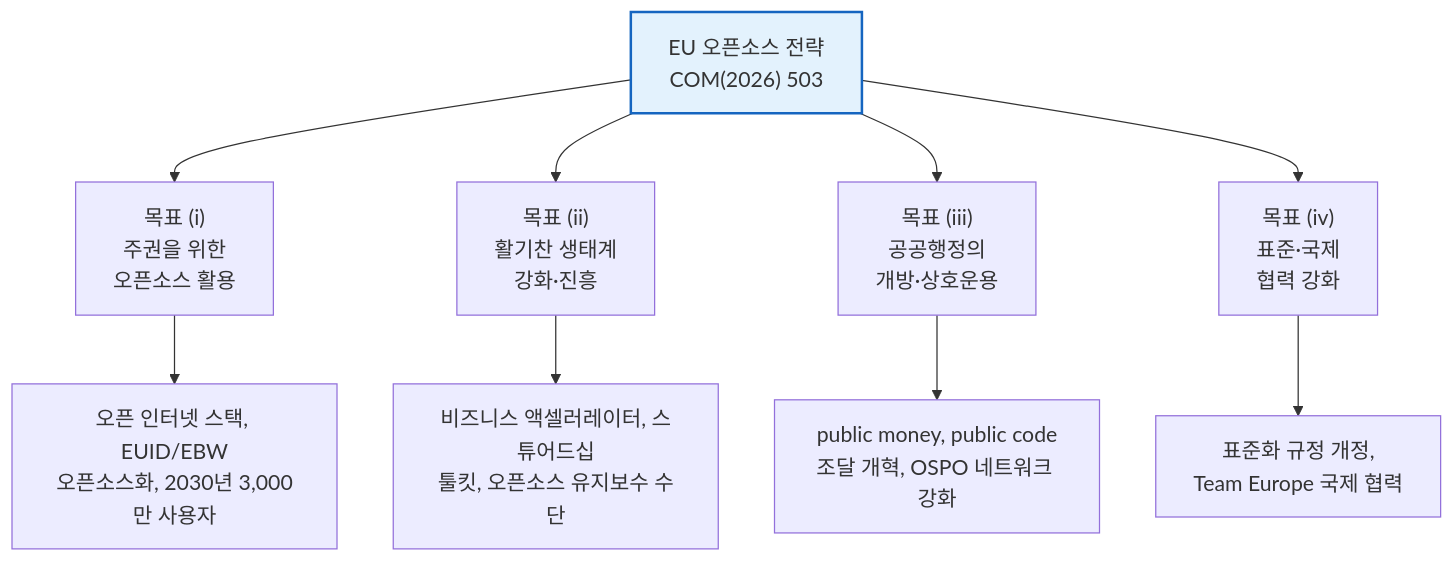
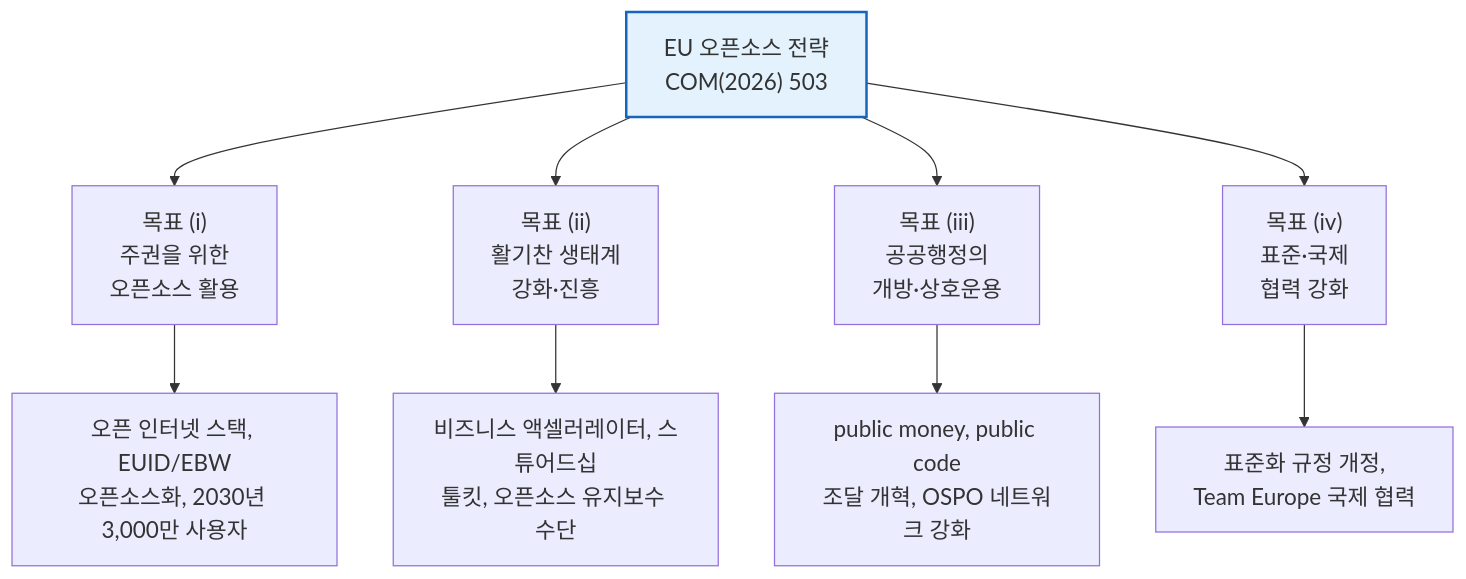
Before and after one commit to haksungjang/haksungjang.github.io: the first of 3 diagrams in content/en/research/2026-eu-open-source-strategy/_index.md, drawn with Mermaid. The commit also changed other lines of this file, not shown here.

````diff
--- a/content/en/research/2026-eu-open-source-strategy/_index.md
+++ b/content/en/research/2026-eu-open-source-strategy/_index.md
@@ -38,15 +40,15 @@
 ```mermaid
-%%{init: {'theme':'default', 'themeVariables': {'fontSize':'17px'}, 'flowchart': {'nodeSpacing': 45, 'rankSpacing': 55}} }%%
+%%{init: {'theme':'default', 'themeVariables': {'fontSize':'18px'}, 'flowchart': {'nodeSpacing': 45, 'rankSpacing': 55}} }%%
 flowchart TD
     ROOT["EU 오픈소스 전략<br/>COM(2026) 503"]
     O1["목표 (i)<br/>주권을 위한<br/>오픈소스 활용"]
     O2["목표 (ii)<br/>활기찬 생태계<br/>강화·진흥"]
     O3["목표 (iii)<br/>공공행정의<br/>개방·상호운용"]
     O4["목표 (iv)<br/>표준·국제<br/>협력 강화"]
     ROOT --> O1 & O2 & O3 & O4
     O1 --> AC1["오픈 인터넷 스택, EUID/EBW<br/>오픈소스화, 2030년 3,000만 사용자"]
     O2 --> AC2["비즈니스 액셀러레이터, 스튜어드십<br/>툴킷, 오픈소스 유지보수 수단"]
     O3 --> AC3["public money, public code<br/>조달 개혁, OSPO 네트워크 강화"]
     O4 --> AC4["표준화 규정 개정,<br/>Team Europe 국제 협력"]
     style ROOT fill:#e3f2fd,stroke:#1565c0,stroke-width:2px
 ```
````
